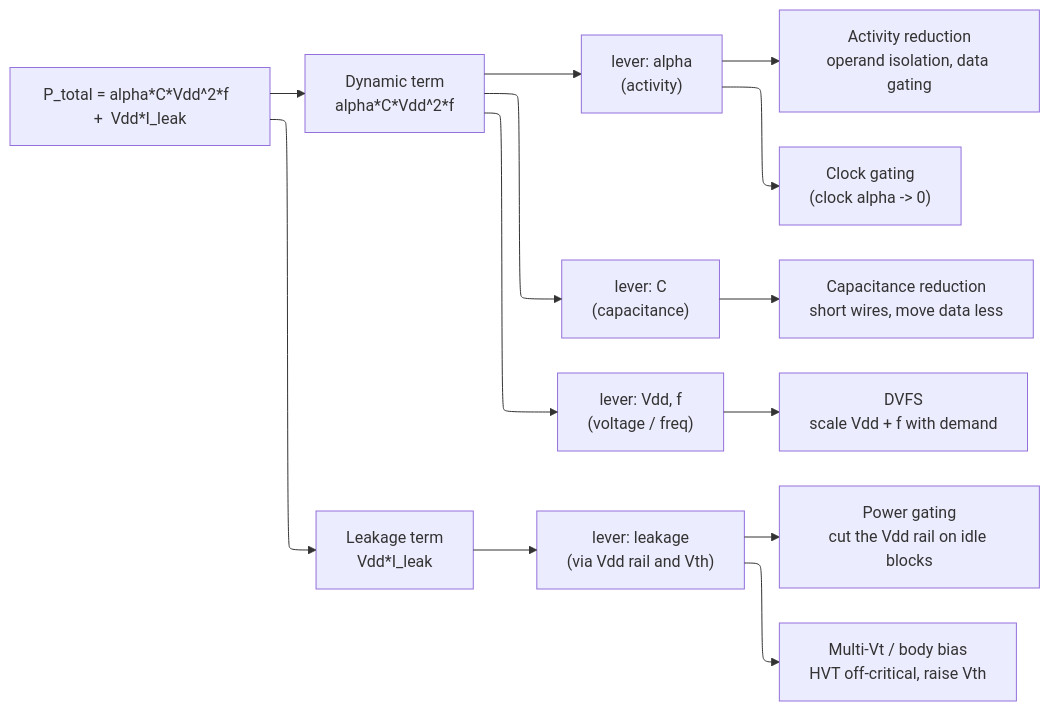
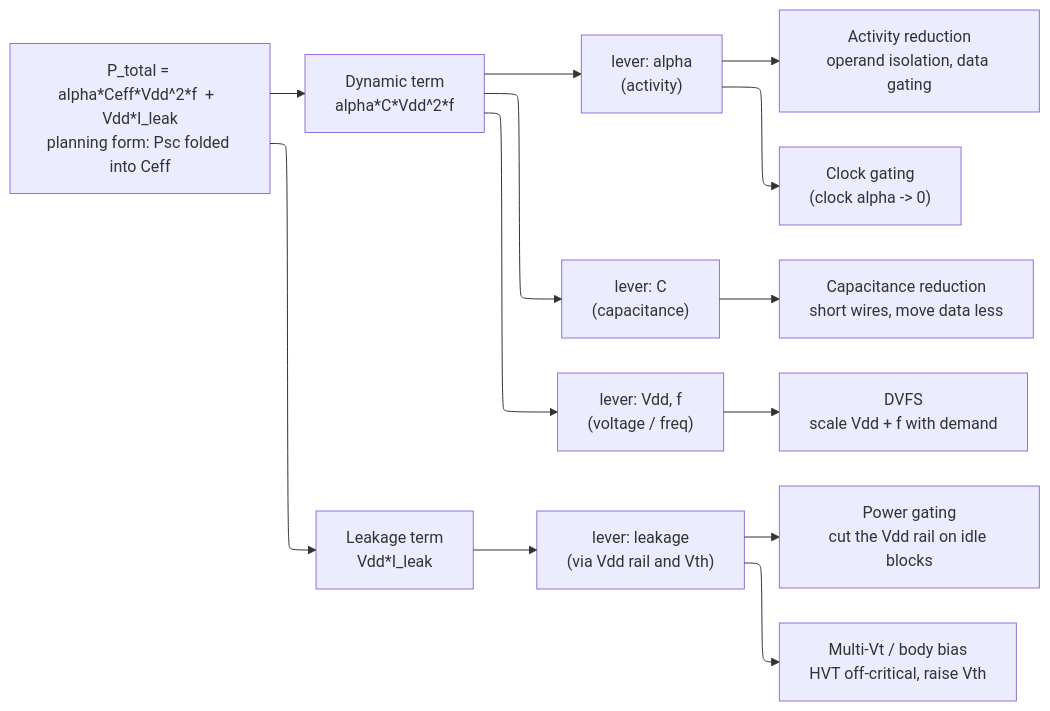
Before and after one commit to Wty2003328/silicon-design-notebook: the third of 3 diagrams in 02_Power_and_Low_Power/01_Power_Fundamentals.md, drawn with Mermaid. The commit also changed other lines of this file and 13 other files, not shown here.

````diff
--- a/02_Power_and_Low_Power/01_Power_Fundamentals.md
+++ b/02_Power_and_Low_Power/01_Power_Fundamentals.md
@@ -262,17 +839,17 @@
 ```mermaid
 %%{init: {"flowchart": {"defaultRenderer": "elk", "nodeSpacing": 45, "rankSpacing": 60, "htmlLabels": false}}}%%
 flowchart LR
-    EQ["P_total = alpha*C*Vdd^2*f  +  Vdd*I_leak"]
+    EQ["P_total = alpha*Ceff*Vdd^2*f  +  Vdd*I_leak<br/>planning form: Psc folded into Ceff"]
     EQ --> DYN["Dynamic term<br/>alpha*C*Vdd^2*f"]
     EQ --> LK["Leakage term<br/>Vdd*I_leak"]
     DYN --> A["lever: alpha<br/>(activity)"]
     DYN --> Cc["lever: C<br/>(capacitance)"]
     DYN --> Vv["lever: Vdd, f<br/>(voltage / freq)"]
     LK  --> LKN["lever: leakage<br/>(via Vdd rail and Vth)"]
     A    --> T1["Activity reduction<br/>operand isolation, data gating"]
     A    --> T2["Clock gating<br/>(clock alpha -> 0)"]
     Cc   --> T3["Capacitance reduction<br/>short wires, move data less"]
     Vv   --> T4["DVFS<br/>scale Vdd + f with demand"]
     LKN  --> T5["Power gating<br/>cut the Vdd rail on idle blocks"]
     LKN  --> T6["Multi-Vt / body bias<br/>HVT off-critical, raise Vth"]
 ```
````
